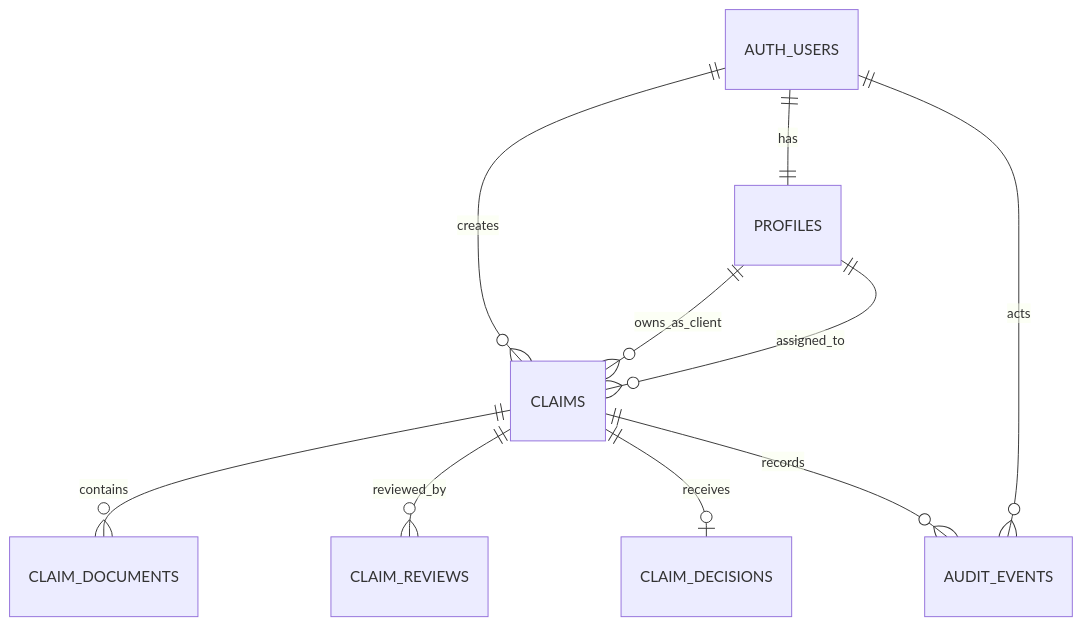
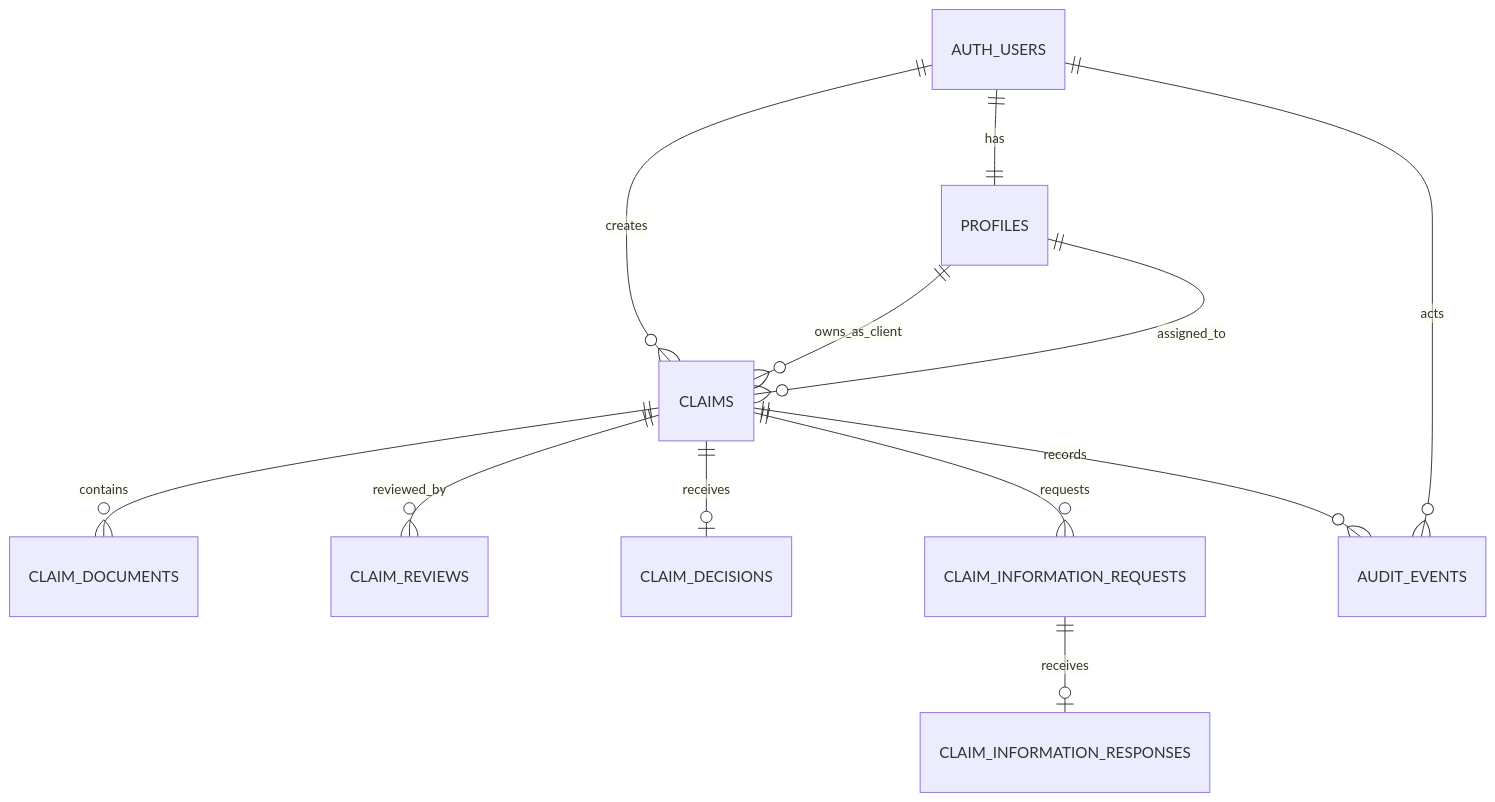
The third of 3 diagrams in README.md (zaynahamiraly/ClaimLens-AI), drawn with Mermaid before and after one commit. The commit also changed other lines of this file and 14 other files, not shown here.

````diff
--- a/README.md
+++ b/README.md
@@ -362,12 +369,14 @@
 ```mermaid
 erDiagram
     AUTH_USERS ||--|| PROFILES : has
     AUTH_USERS ||--o{ CLAIMS : creates
     PROFILES ||--o{ CLAIMS : owns_as_client
     PROFILES ||--o{ CLAIMS : assigned_to
     CLAIMS ||--o{ CLAIM_DOCUMENTS : contains
     CLAIMS ||--o{ CLAIM_REVIEWS : reviewed_by
     CLAIMS ||--o| CLAIM_DECISIONS : receives
+    CLAIMS ||--o{ CLAIM_INFORMATION_REQUESTS : requests
+    CLAIM_INFORMATION_REQUESTS ||--o| CLAIM_INFORMATION_RESPONSES : receives
     CLAIMS ||--o{ AUDIT_EVENTS : records
     AUTH_USERS ||--o{ AUDIT_EVENTS : acts
 ```
````
